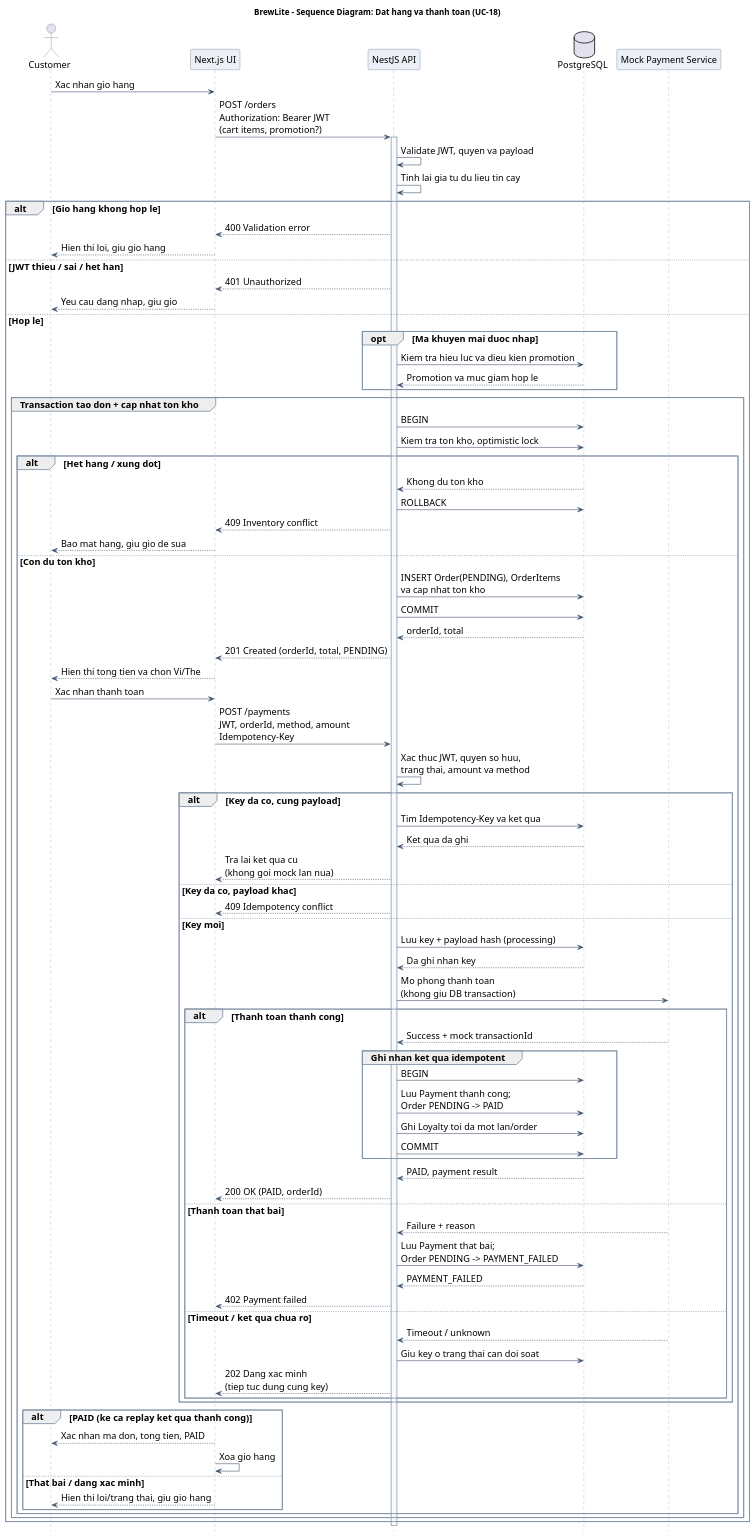
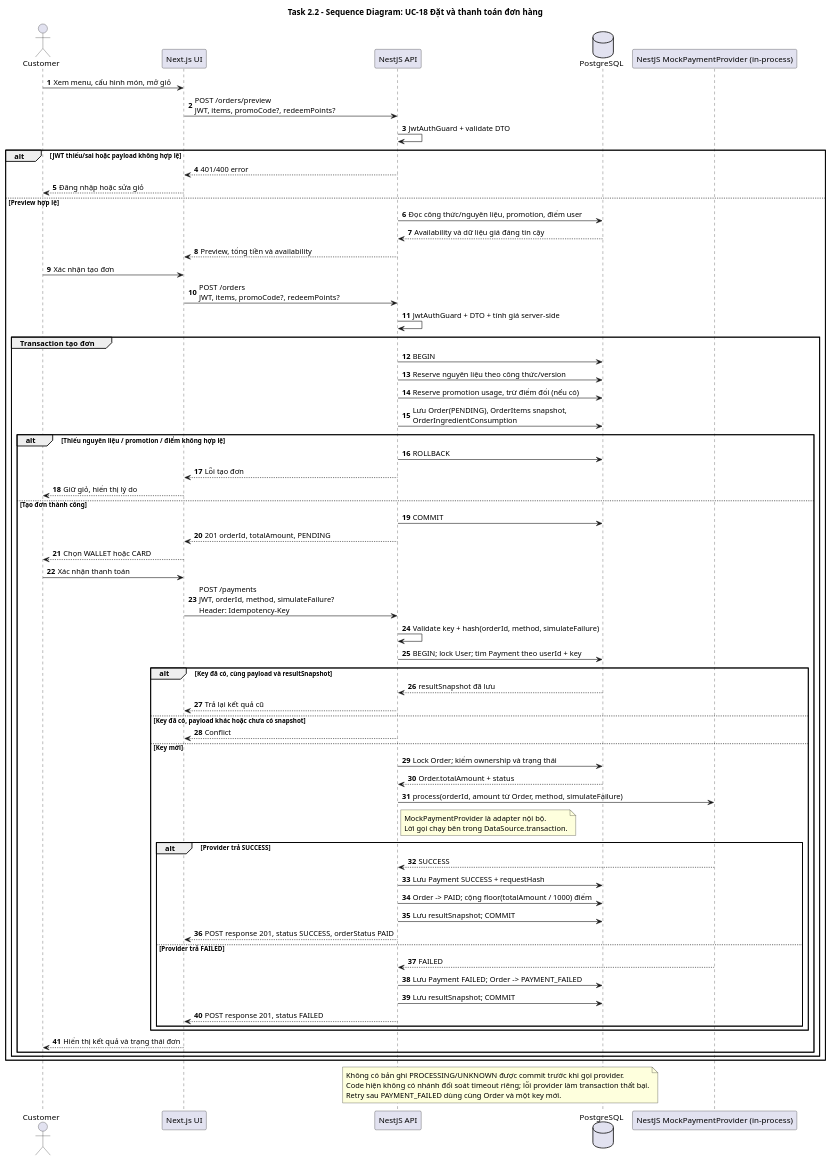
One commit to quang-vu2808/brewlite-assignment2 changed the diagram in docs/diagrams/sequence-checkout.puml. Above: the diagram before and after it, drawn with PlantUML. The commit also changed 70 other files, not shown here.

```diff
--- a/docs/diagrams/sequence-checkout.puml
+++ b/docs/diagrams/sequence-checkout.puml
@@ -1,105 +1,75 @@
 @startuml
-title BrewLite - Sequence Diagram: Dat hang va thanh toan (UC-18)
-hide footbox
-skinparam shadowing false
-skinparam backgroundColor white
-skinparam defaultFontSize 16
-skinparam sequence {
-  ArrowColor #42546B
-  LifeLineBorderColor #8493A5
-  LifeLineBackgroundColor #F8FAFC
-  ParticipantBorderColor #42546B
-  ParticipantBackgroundColor #EAF0F6
-  ParticipantFontName Arial
-  ParticipantFontSize 16
-  ActorBorderColor #42546B
-  ActorFontName Arial
-  GroupBorderColor #8091A5
-  GroupHeaderBackgroundColor #EAF0F6
-  BoxBorderColor #B7C4D1
-  BoxBackgroundColor #F8FAFC
-  FontName Arial
-  MessageFontSize 16
-}
-
+title Task 2.2 - Sequence Diagram: UC-18 Đặt và thanh toán đơn hàng
+autonumber
 actor Customer
 participant "Next.js UI" as UI
 participant "NestJS API" as API
-database "PostgreSQL" as DB
-participant "Mock Payment Service" as Pay
+database PostgreSQL as DB
+participant "NestJS MockPaymentProvider (in-process)" as Pay
 
-Customer -> UI: Xac nhan gio hang
-UI -> API: POST /orders\nAuthorization: Bearer JWT\n(cart items, promotion?)
-activate API
-API -> API: Validate JWT, quyen va payload
-API -> API: Tinh lai gia tu du lieu tin cay
-alt Gio hang khong hop le
-  API --> UI: 400 Validation error
-  UI --> Customer: Hien thi loi, giu gio hang
-else JWT thieu / sai / het han
-  API --> UI: 401 Unauthorized
-  UI --> Customer: Yeu cau dang nhap, giu gio
-else Hop le
-  opt Ma khuyen mai duoc nhap
-    API -> DB: Kiem tra hieu luc va dieu kien promotion
-    DB --> API: Promotion va muc giam hop le
-  end
-  group Transaction tao don + cap nhat ton kho
+Customer -> UI: Xem menu, cấu hình món, mở giỏ
+UI -> API: POST /orders/preview\nJWT, items, promoCode?, redeemPoints?
+API -> API: JwtAuthGuard + validate DTO
+alt JWT thiếu/sai hoặc payload không hợp lệ
+  API --> UI: 401/400 error
+  UI --> Customer: Đăng nhập hoặc sửa giỏ
+else Preview hợp lệ
+  API -> DB: Đọc công thức/nguyên liệu, promotion, điểm user
+  DB --> API: Availability và dữ liệu giá đáng tin cậy
+  API --> UI: Preview, tổng tiền và availability
+  Customer -> UI: Xác nhận tạo đơn
+  UI -> API: POST /orders\nJWT, items, promoCode?, redeemPoints?
+  API -> API: JwtAuthGuard + DTO + tính giá server-side
+  group Transaction tạo đơn
     API -> DB: BEGIN
-    API -> DB: Kiem tra ton kho, optimistic lock
-    alt Het hang / xung dot
-      DB --> API: Khong du ton kho
+    API -> DB: Reserve nguyên liệu theo công thức/version
+    API -> DB: Reserve promotion usage, trừ điểm đổi (nếu có)
+    API -> DB: Lưu Order(PENDING), OrderItems snapshot,\nOrderIngredientConsumption
+    alt Thiếu nguyên liệu / promotion / điểm không hợp lệ
       API -> DB: ROLLBACK
-      API --> UI: 409 Inventory conflict
-      UI --> Customer: Bao mat hang, giu gio de sua
-    else Con du ton kho
-      API -> DB: INSERT Order(PENDING), OrderItems\nva cap nhat ton kho
+      API --> UI: Lỗi tạo đơn
+      UI --> Customer: Giữ giỏ, hiển thị lý do
+    else Tạo đơn thành công
       API -> DB: COMMIT
-      DB --> API: orderId, total
-      API --> UI: 201 Created (orderId, total, PENDING)
-      UI --> Customer: Hien thi tong tien va chon Vi/The
-      Customer -> UI: Xac nhan thanh toan
-      UI -> API: POST /payments\nJWT, orderId, method, amount\nIdempotency-Key
-      API -> API: Xac thuc JWT, quyen so huu,\ntrang thai, amount va method
-      alt Key da co, cung payload
-        API -> DB: Tim Idempotency-Key va ket qua
-        DB --> API: Ket qua da ghi
-        API --> UI: Tra lai ket qua cu\n(khong goi mock lan nua)
-      else Key da co, payload khac
-        API --> UI: 409 Idempotency conflict
-      else Key moi
-        API -> DB: Luu key + payload hash (processing)
-        DB --> API: Da ghi nhan key
-        API -> Pay: Mo phong thanh toan\n(khong giu DB transaction)
-        alt Thanh toan thanh cong
-          Pay --> API: Success + mock transactionId
-          group Ghi nhan ket qua idempotent
-            API -> DB: BEGIN
-            API -> DB: Luu Payment thanh cong;\nOrder PENDING -> PAID
-            API -> DB: Ghi Loyalty toi da mot lan/order
-            API -> DB: COMMIT
-          end
-          DB --> API: PAID, payment result
-          API --> UI: 200 OK (PAID, orderId)
-        else Thanh toan that bai
-          Pay --> API: Failure + reason
-          API -> DB: Luu Payment that bai;\nOrder PENDING -> PAYMENT_FAILED
-          DB --> API: PAYMENT_FAILED
-          API --> UI: 402 Payment failed
-        else Timeout / ket qua chua ro
-          Pay --> API: Timeout / unknown
-          API -> DB: Giu key o trang thai can doi soat
-          API --> UI: 202 Dang xac minh\n(tiep tuc dung cung key)
+      API --> UI: 201 orderId, totalAmount, PENDING
+      UI --> Customer: Chọn WALLET hoặc CARD
+      Customer -> UI: Xác nhận thanh toán
+      UI -> API: POST /payments\nJWT, orderId, method, simulateFailure?\nHeader: Idempotency-Key
+      API -> API: Validate key + hash(orderId, method, simulateFailure)
+      API -> DB: BEGIN; lock User; tìm Payment theo userId + key
+      alt Key đã có, cùng payload và resultSnapshot
+        DB --> API: resultSnapshot đã lưu
+        API --> UI: Trả lại kết quả cũ
+      else Key đã có, payload khác hoặc chưa có snapshot
+        API --> UI: Conflict
+      else Key mới
+        API -> DB: Lock Order; kiểm ownership và trạng thái
+        DB --> API: Order.totalAmount + status
+        API -> Pay: process(orderId, amount từ Order, method, simulateFailure)
+        note right of API
+          MockPaymentProvider là adapter nội bộ.
+          Lời gọi chạy bên trong DataSource.transaction.
+        end note
+        alt Provider trả SUCCESS
+          Pay --> API: SUCCESS
+          API -> DB: Lưu Payment SUCCESS + requestHash
+          API -> DB: Order -> PAID; cộng floor(totalAmount / 1000) điểm
+          API -> DB: Lưu resultSnapshot; COMMIT
+          API --> UI: POST response 201, status SUCCESS, orderStatus PAID
+        else Provider trả FAILED
+          Pay --> API: FAILED
+          API -> DB: Lưu Payment FAILED; Order -> PAYMENT_FAILED
+          API -> DB: Lưu resultSnapshot; COMMIT
+          API --> UI: POST response 201, status FAILED
         end
       end
-      alt PAID (ke ca replay ket qua thanh cong)
-        UI --> Customer: Xac nhan ma don, tong tien, PAID
-        UI -> UI: Xoa gio hang
-      else That bai / dang xac minh
-        UI --> Customer: Hien thi loi/trang thai, giu gio hang
-      end
+      UI --> Customer: Hiển thị kết quả và trạng thái đơn
     end
   end
 end
-deactivate API
+note over API,DB
+Không có bản ghi PROCESSING/UNKNOWN được commit trước khi gọi provider.
+Code hiện không có nhánh đối soát timeout riêng; lỗi provider làm transaction thất bại.
+Retry sau PAYMENT_FAILED dùng cùng Order và một key mới.
+end note
 @enduml
```
